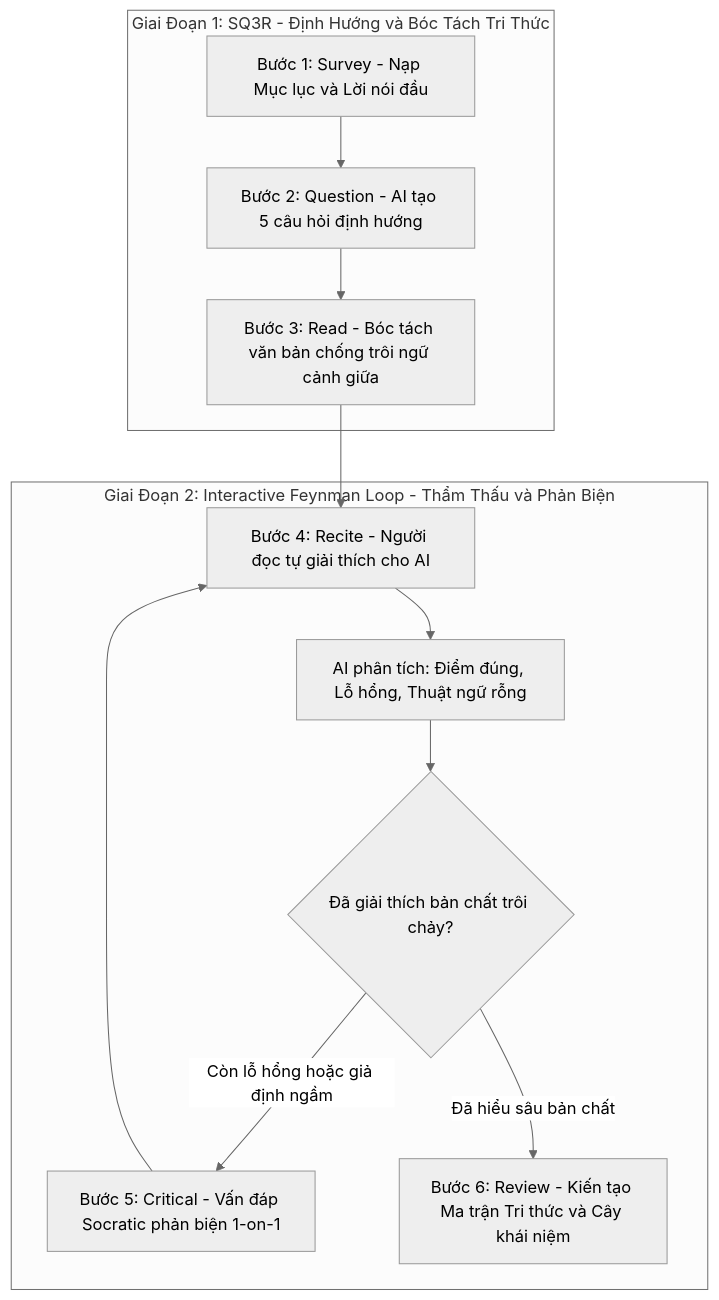
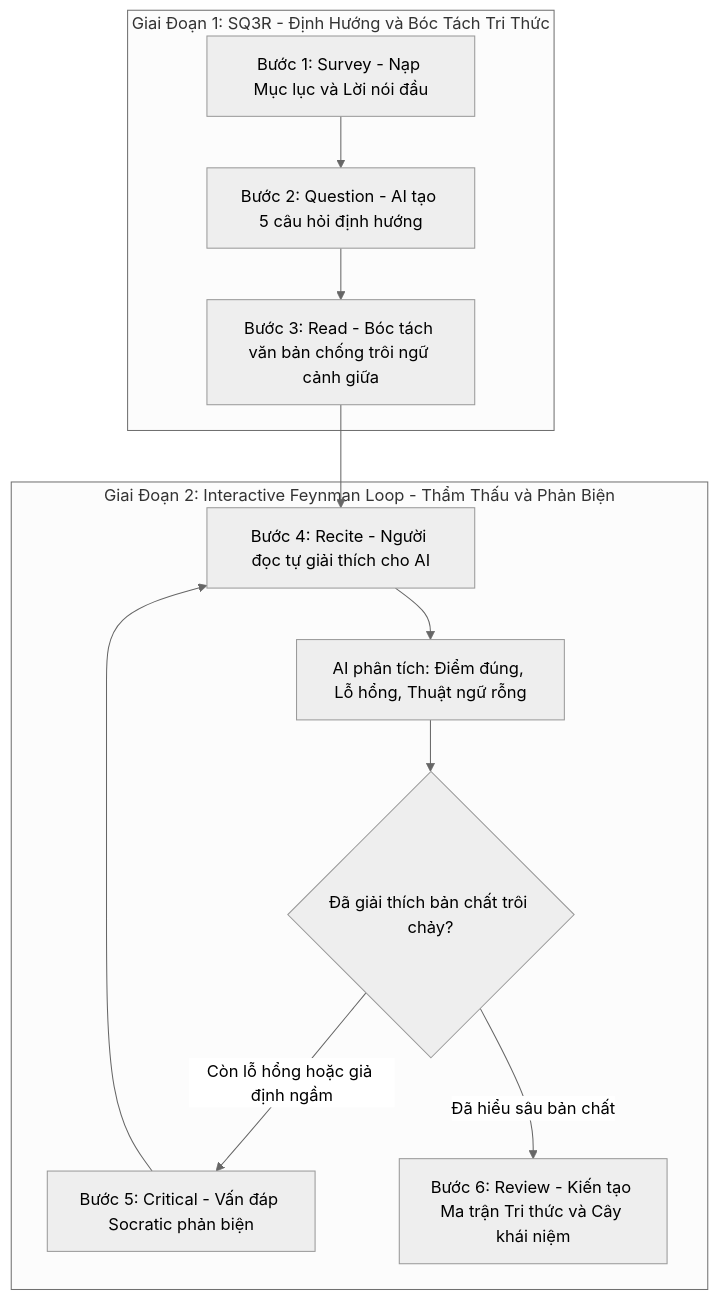
The diagram in content/posts/doc-sach-hoc-thuat-cung-ai.md (nguyengoctin/my_website), drawn with Mermaid (neutral theme) before and after one commit. The commit also changed 56 other files, not shown here.

````diff
--- a/content/posts/doc-sach-hoc-thuat-cung-ai.md
+++ b/content/posts/doc-sach-hoc-thuat-cung-ai.md
@@ -41,16 +41,15 @@
 ```mermaid
 flowchart TD
     subgraph STAGE1 ["Giai Đoạn 1: SQ3R - Định Hướng và Bóc Tách Tri Thức"]
         S1["Bước 1: Survey - Nạp Mục lục và Lời nói đầu"] --> S2["Bước 2: Question - AI tạo 5 câu hỏi định hướng"]
         S2 --> S3["Bước 3: Read - Bóc tách văn bản chống trôi ngữ cảnh giữa"]
     end
-
     subgraph STAGE2 ["Giai Đoạn 2: Interactive Feynman Loop - Thẩm Thấu và Phản Biện"]
         S3 --> F1["Bước 4: Recite - Người đọc tự giải thích cho AI"]
         F1 --> F2["AI phân tích: Điểm đúng, Lỗ hổng, Thuật ngữ rỗng"]
         F2 --> F3{"Đã giải thích bản chất trôi chảy?"}
-        F3 -->|"Còn lỗ hổng hoặc giả định ngầm"| F4["Bước 5: Critical - Vấn đáp Socratic phản biện 1-on-1"]
+        F3 -->|Còn lỗ hổng hoặc giả định ngầm| F4["Bước 5: Critical - Vấn đáp Socratic phản biện"]
         F4 --> F1
-        F3 -->|"Đã hiểu sâu bản chất"| R1["Bước 6: Review - Kiến tạo Ma trận Tri thức và Cây khái niệm"]
+        F3 -->|Đã hiểu sâu bản chất| R1["Bước 6: Review - Kiến tạo Ma trận Tri thức và Cây khái niệm"]
     end
 ```
````
